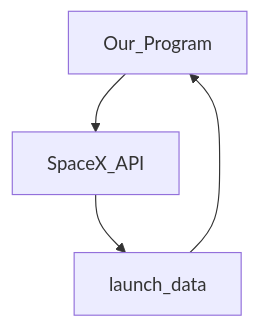
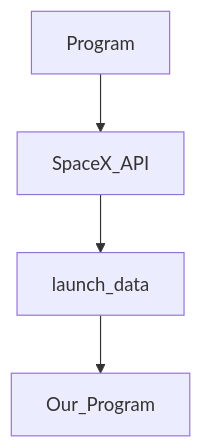
The first of 2 diagrams in data_collection_flowchart.md (advaitvd/spacex_dashapp), drawn with Mermaid before and after one commit. The commit also changed other lines of this file, not shown here.

````diff
--- a/data_collection_flowchart.md
+++ b/data_collection_flowchart.md
@@ -6,6 +6,6 @@
 ```mermaid
 graph TD;
-  Our_Program-->SpaceX_API;
+  Program-->SpaceX_API;
   SpaceX_API-->launch_data;
   launch_data-->Our_Program;
 ```
````
